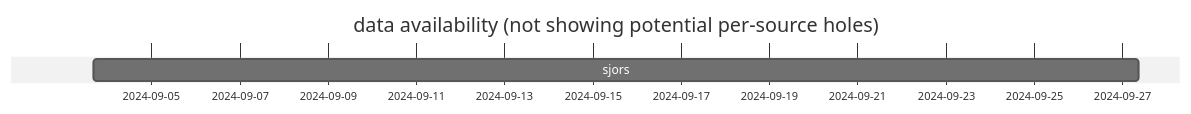
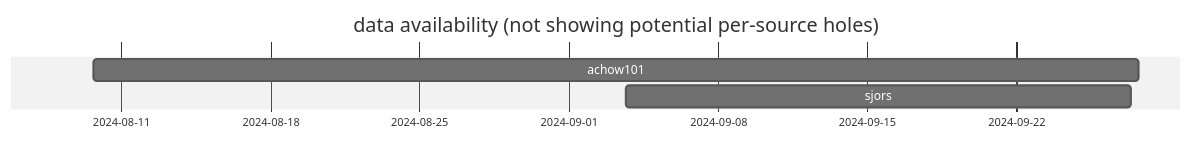
One commit to bitcoin-data/block-arrival-times-testnet4 changed the diagram in README.md. Above: the diagram before and after it, drawn with Mermaid (neutral theme). The commit also changed 2 other files, not shown here.

Commit message:
add: testnet4 data provided by achow101

````diff
--- a/README.md
+++ b/README.md
@@ -51,9 +51,10 @@
 ```mermaid
 gantt
 dateFormat x
 title data availability (not showing potential per-source holes)
 todayMarker off
 
+achow101: 1723221789409, 1727459182035
 sjors: 1725381835000, 1727426895000
 
 ```
````
